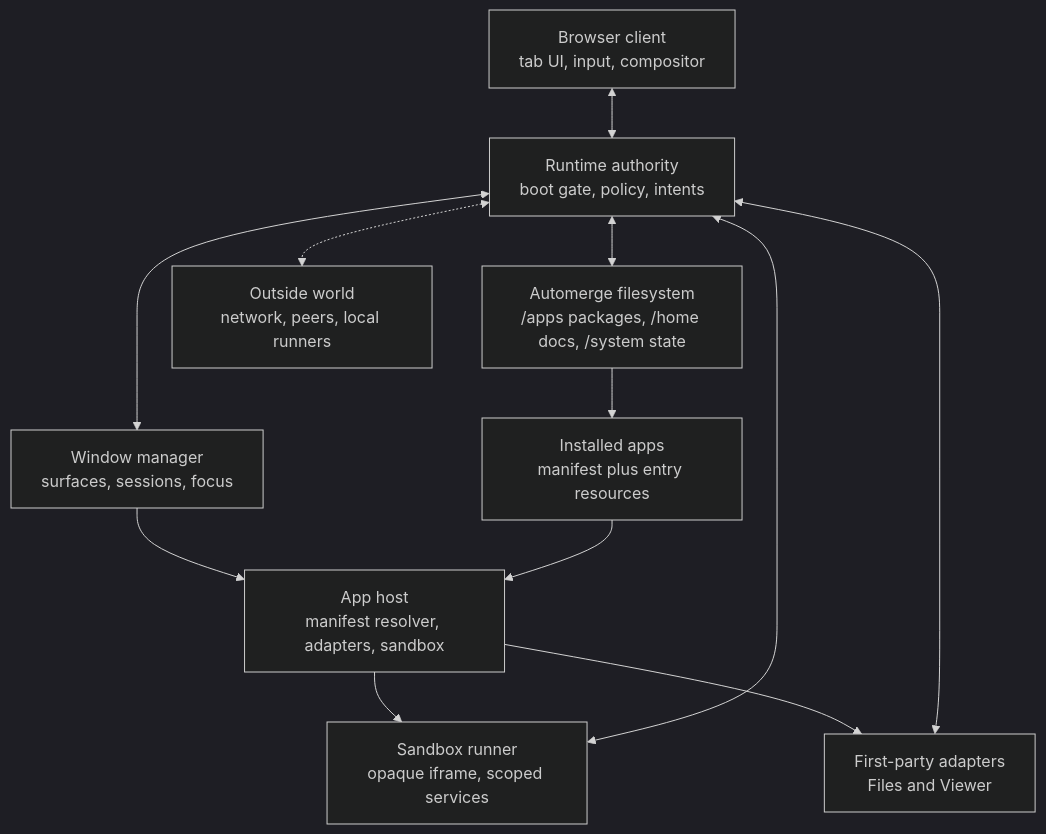
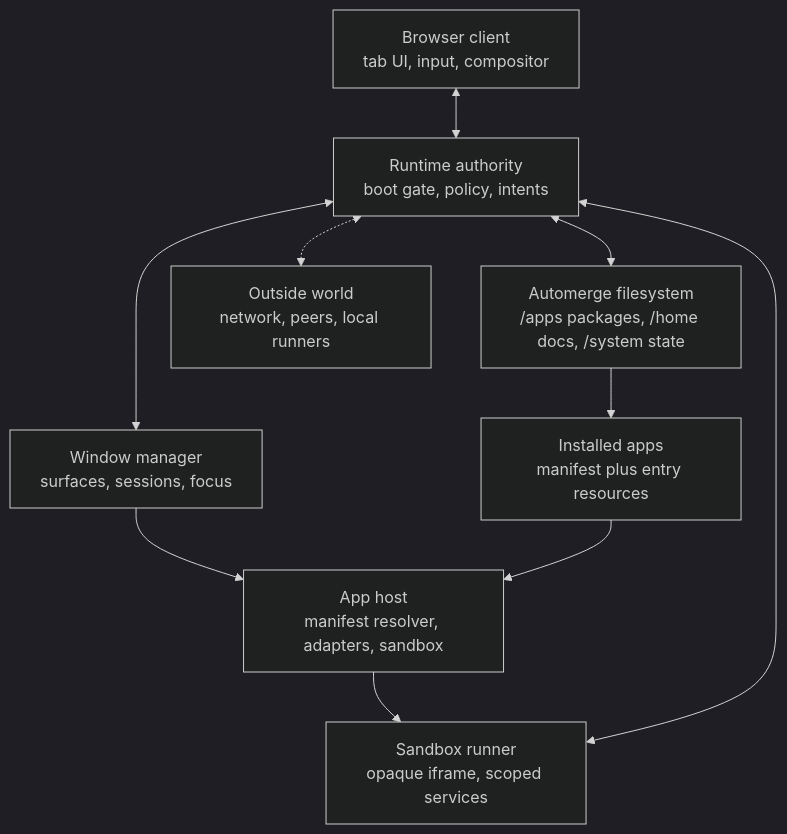
The diagram in docs/architecture.md (neftaly/patchpit), drawn with Mermaid (dark theme) before and after one commit. The commit also changed 17 other files, not shown here.

````diff
--- a/docs/architecture.md
+++ b/docs/architecture.md
@@ -1,33 +1,29 @@
 ```mermaid
 flowchart TB
   Browser["Browser client
 tab UI, input, compositor"]
   Runtime["Runtime authority
 boot gate, policy, intents"]
   Filesystem["Automerge filesystem
 /apps packages, /home docs, /system state"]
   Window["Window manager
 surfaces, sessions, focus"]
   Host["App host
 manifest resolver, adapters, sandbox"]
   Packages["Installed apps
 manifest plus entry resources"]
   Sandbox["Sandbox runner
 opaque iframe, scoped services"]
-  Adapters["First-party adapters
-Files and Viewer"]
   External["Outside world
 network, peers, local runners"]
 
   Browser <--> Runtime
   Runtime <--> Filesystem
   Runtime <--> Window
   Filesystem --> Packages
   Window --> Host
   Packages --> Host
   Host --> Sandbox
-  Host --> Adapters
   Sandbox <--> Runtime
-  Adapters <--> Runtime
   Runtime <-.-> External
 ```
````
